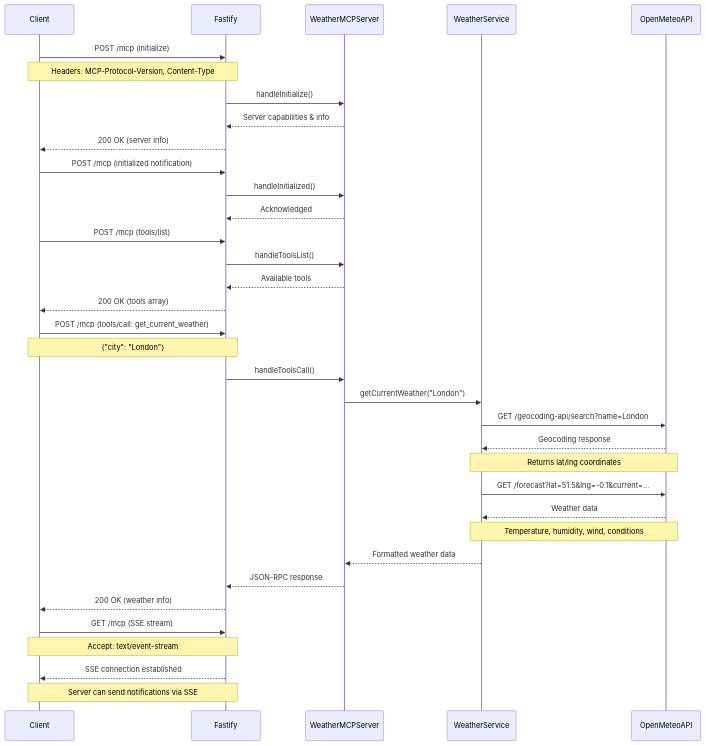
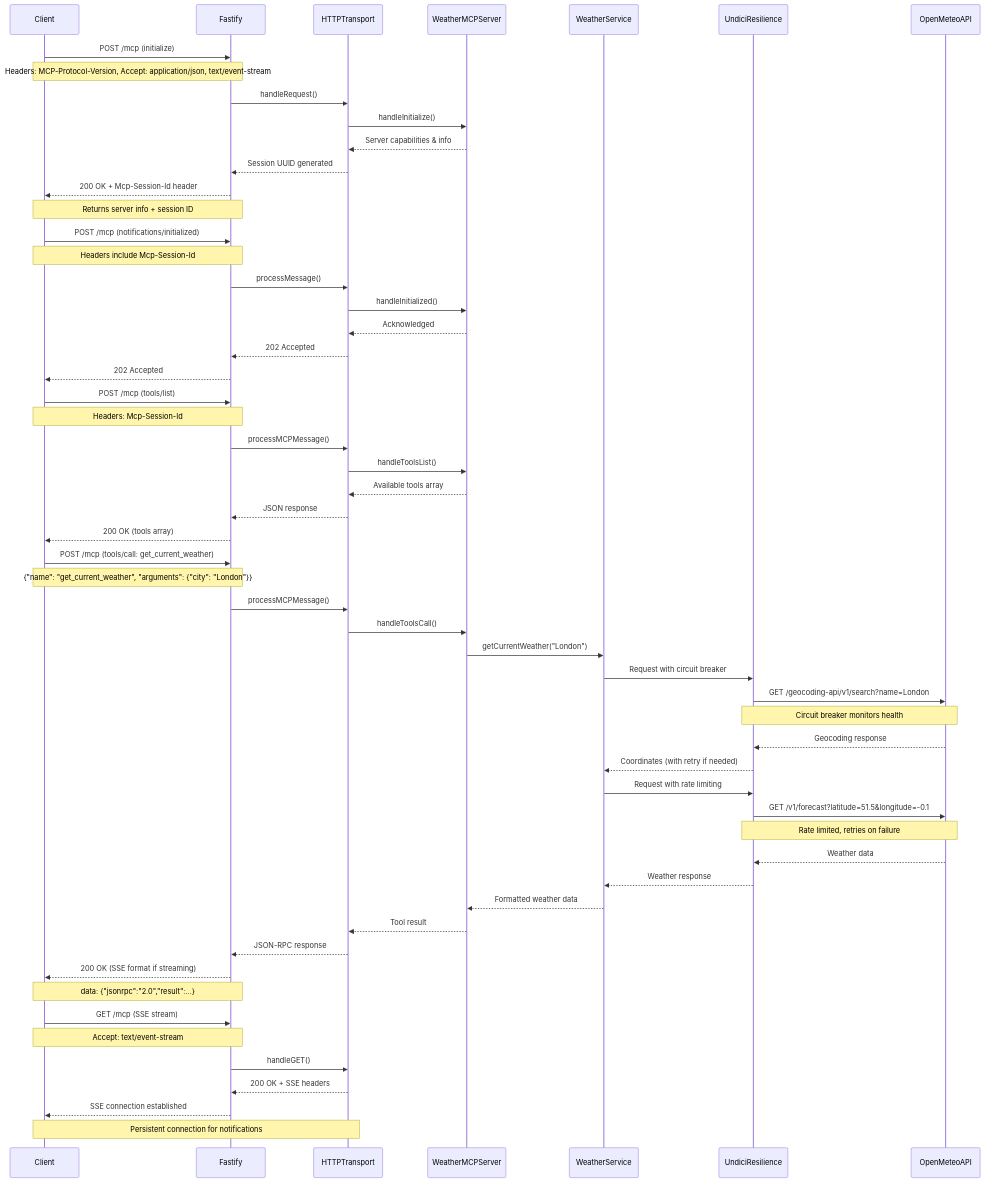
Before and after one commit to kumaran-is/mcp-weather-server: the first of 4 diagrams in README.md, drawn with Mermaid. The commit also changed other lines of this file and 54 other files, not shown here.

````diff
--- a/README.md
+++ b/README.md
@@ -118,51 +309,72 @@
 ```mermaid
 sequenceDiagram
     participant Client
     participant Fastify
+    participant HTTPTransport
     participant WeatherMCPServer
     participant WeatherService
+    participant UndiciResilience
     participant OpenMeteoAPI
 
     %% Initialization Phase
     Client->>Fastify: POST /mcp (initialize)
-    Note over Client,Fastify: Headers: MCP-Protocol-Version, Content-Type
-    Fastify->>WeatherMCPServer: handleInitialize()
-    WeatherMCPServer-->>Fastify: Server capabilities & info
-    Fastify-->>Client: 200 OK (server info)
+    Note over Client,Fastify: Headers: MCP-Protocol-Version, Accept: application/json, text/event-stream
+    Fastify->>HTTPTransport: handleRequest()
+    HTTPTransport->>WeatherMCPServer: handleInitialize()
+    WeatherMCPServer-->>HTTPTransport: Server capabilities & info
+    HTTPTransport-->>Fastify: Session UUID generated
+    Fastify-->>Client: 200 OK + Mcp-Session-Id header
+    Note over Fastify,Client: Returns server info + session ID
 
-    Client->>Fastify: POST /mcp (initialized notification)
-    Fastify->>WeatherMCPServer: handleInitialized()
-    WeatherMCPServer-->>Fastify: Acknowledged
+    Client->>Fastify: POST /mcp (notifications/initialized)
+    Note over Client,Fastify: Headers include Mcp-Session-Id
+    Fastify->>HTTPTransport: processMessage()
+    HTTPTransport->>WeatherMCPServer: handleInitialized()
+    WeatherMCPServer-->>HTTPTransport: Acknowledged
+    HTTPTransport-->>Fastify: 202 Accepted
+    Fastify-->>Client: 202 Accepted
 
     %% Tool Operations
     Client->>Fastify: POST /mcp (tools/list)
-    Fastify->>WeatherMCPServer: handleToolsList()
-    WeatherMCPServer-->>Fastify: Available tools
+    Note over Client,Fastify: Headers: Mcp-Session-Id
+    Fastify->>HTTPTransport: processMCPMessage()
+    HTTPTransport->>WeatherMCPServer: handleToolsList()
+    WeatherMCPServer-->>HTTPTransport: Available tools array
+    HTTPTransport-->>Fastify: JSON response
     Fastify-->>Client: 200 OK (tools array)
 
-    %% Weather Request Flow
+    %% Weather Request Flow with Resilience
     Client->>Fastify: POST /mcp (tools/call: get_current_weather)
-    Note over Client,Fastify: {"city": "London"}
-    Fastify->>WeatherMCPServer: handleToolsCall()
+    Note over Client,Fastify: {"name": "get_current_weather", "arguments": {"city": "London"}}
+    Fastify->>HTTPTransport: processMCPMessage()
+    HTTPTransport->>WeatherMCPServer: handleToolsCall()
     WeatherMCPServer->>WeatherService: getCurrentWeather("London")
 
-    %% Geocoding Phase
-    WeatherService->>OpenMeteoAPI: GET /geocoding-api/search?name=London
-    OpenMeteoAPI-->>WeatherService: Geocoding response
-    Note over WeatherService,OpenMeteoAPI: Returns lat/lng coordinates
+    %% Geocoding with Resilience Patterns
+    WeatherService->>UndiciResilience: Request with circuit breaker
+    UndiciResilience->>OpenMeteoAPI: GET /geocoding-api/v1/search?name=London
+    Note over UndiciResilience,OpenMeteoAPI: Circuit breaker monitors health
+    OpenMeteoAPI-->>UndiciResilience: Geocoding response
+    UndiciResilience-->>WeatherService: Coordinates (with retry if needed)
 
-    %% Weather Data Fetch
-    WeatherService->>OpenMeteoAPI: GET /forecast?lat=51.5&lng=-0.1&current=...
-    OpenMeteoAPI-->>WeatherService: Weather data
-    Note over WeatherService,OpenMeteoAPI: Temperature, humidity, wind, conditions
+    %% Weather Data Fetch with Resilience
+    WeatherService->>UndiciResilience: Request with rate limiting
+    UndiciResilience->>OpenMeteoAPI: GET /v1/forecast?latitude=51.5&longitude=-0.1
+    Note over UndiciResilience,OpenMeteoAPI: Rate limited, retries on failure
+    OpenMeteoAPI-->>UndiciResilience: Weather data
+    UndiciResilience-->>WeatherService: Weather response
 
     WeatherService-->>WeatherMCPServer: Formatted weather data
-    WeatherMCPServer-->>Fastify: JSON-RPC response
-    Fastify-->>Client: 200 OK (weather info)
+    WeatherMCPServer-->>HTTPTransport: Tool result
+    HTTPTransport-->>Fastify: JSON-RPC response
+    Fastify-->>Client: 200 OK (SSE format if streaming)
+    Note over Fastify,Client: data: {"jsonrpc":"2.0","result":...}
 
-    %% SSE Stream (for notifications)
+    %% SSE Stream for Real-time Updates
     Client->>Fastify: GET /mcp (SSE stream)
     Note over Client,Fastify: Accept: text/event-stream
+    Fastify->>HTTPTransport: handleGET()
+    HTTPTransport-->>Fastify: 200 OK + SSE headers
     Fastify-->>Client: SSE connection established
-    Note over Fastify,Client: Server can send notifications via SSE
+    Note over HTTPTransport,Client: Persistent connection for notifications
 ```
````
